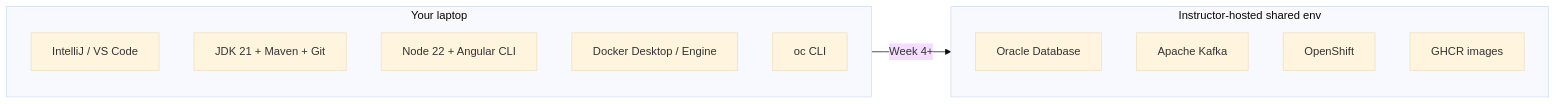
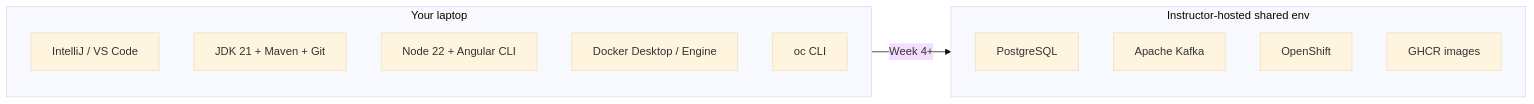
The diagram in labs/FINAL-SETUP-README.md (Innovation-In-Software/bc-sw-engineer-java-angular-participant), drawn with Mermaid (base theme) before and after one commit. The commit also changed other lines of this file and 12 other files, not shown here.

Commit message:
Align participant labs with PostgreSQL, Angular, and OpenShift.

````diff
--- a/labs/FINAL-SETUP-README.md
+++ b/labs/FINAL-SETUP-README.md
@@ -16,17 +16,17 @@
 ```mermaid
 flowchart LR
   subgraph Laptop["Your laptop"]
     IDE["IntelliJ / VS Code"]
     JDK["JDK 21 + Maven + Git"]
     NG["Node 22 + Angular CLI"]
     DK["Docker Desktop / Engine"]
     OC["oc CLI"]
   end
   subgraph Shared["Instructor-hosted shared env"]
-    ORA["Oracle Database"]
+    PG["PostgreSQL"]
     KF["Apache Kafka"]
     OS["OpenShift"]
     GHCR["GHCR images"]
   end
   Laptop -->|"Week 4+"| Shared
 ```
````
